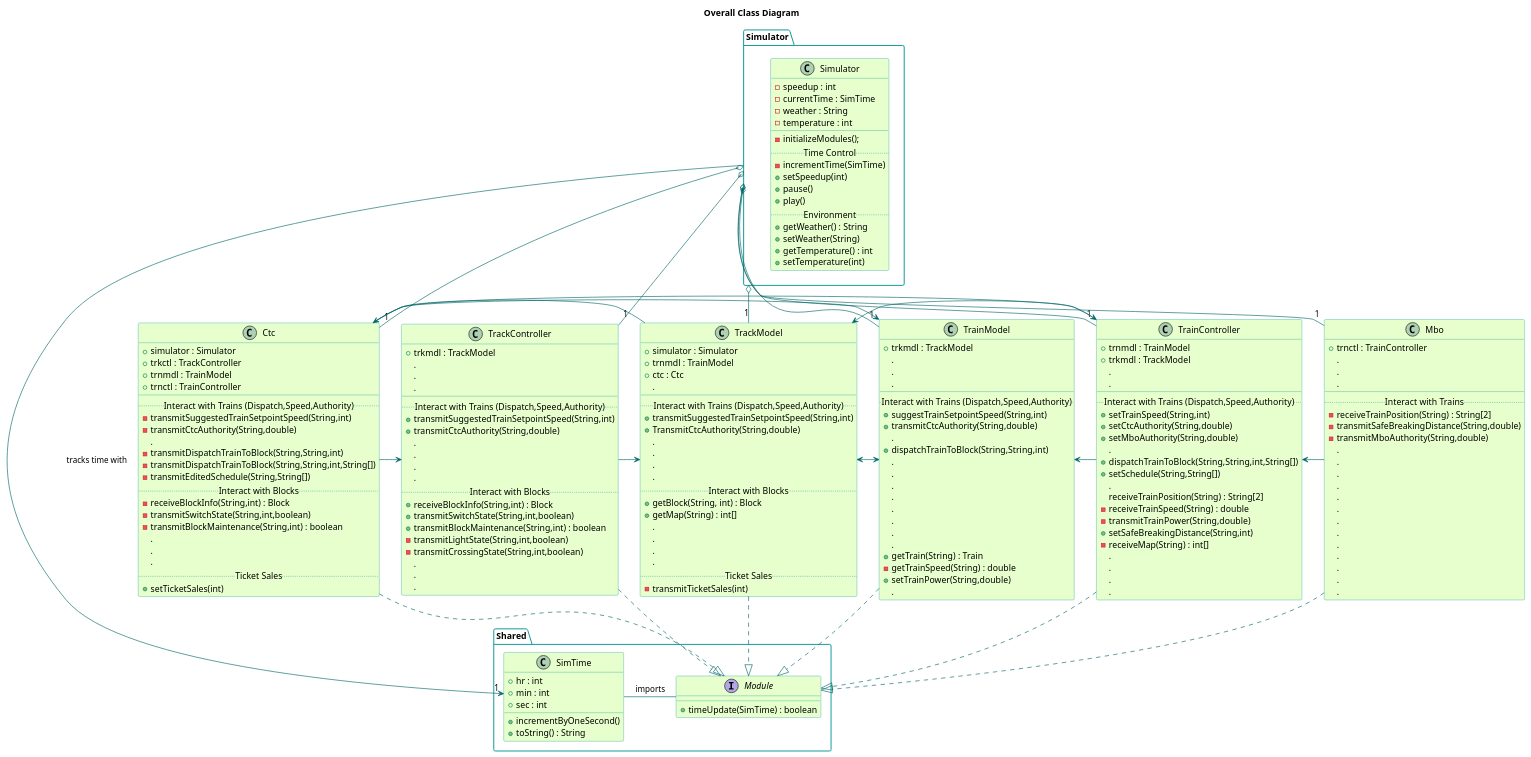
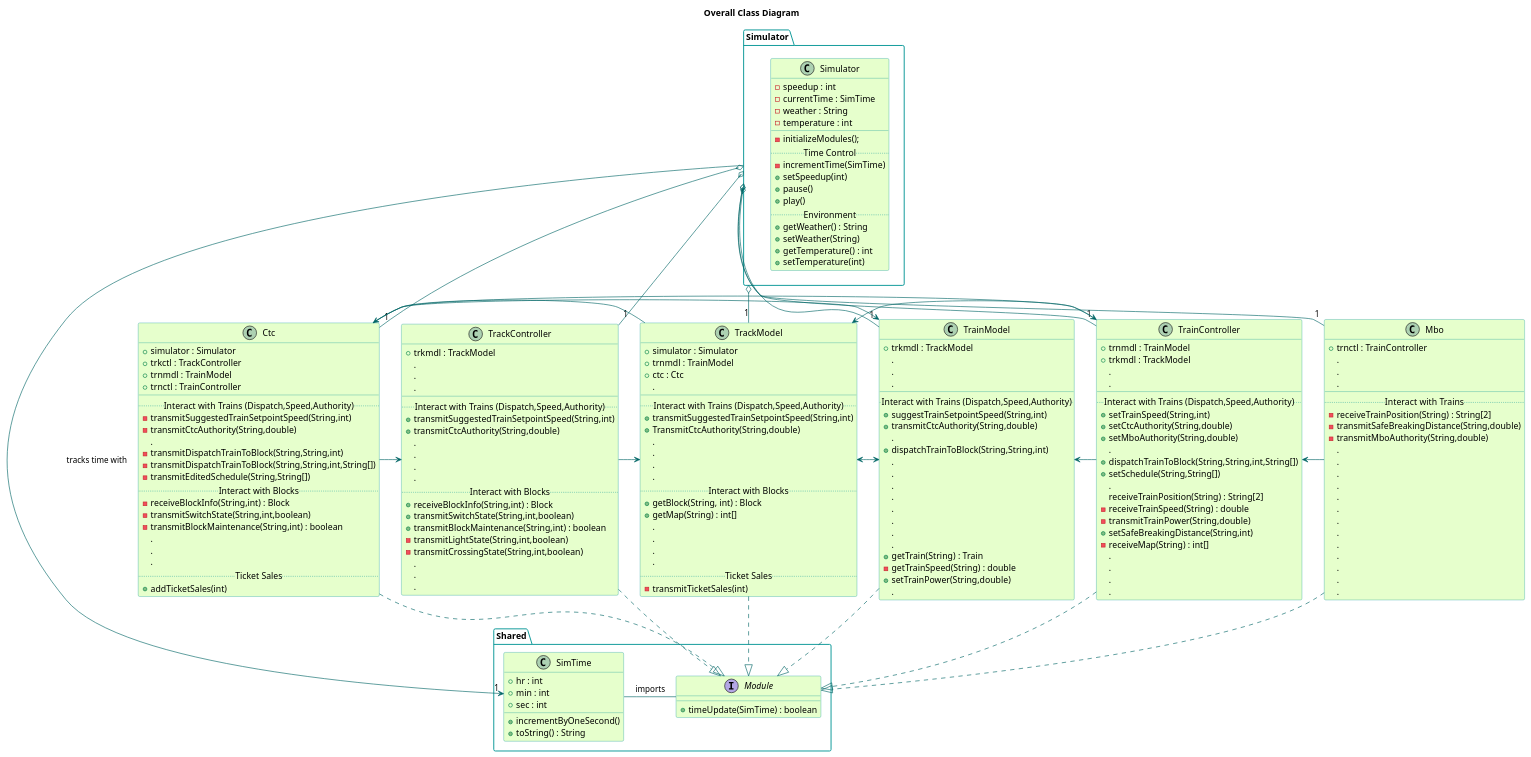
The diagram in TrainSystem/yUML/Class Diagrams/OverallClassDiagram.pu (kevingilboy/COE1186), drawn with PlantUML before and after one commit. The commit also changed 1 other file, not shown here.

Commit message:
Addition to overall class diagram

```diff
--- a/TrainSystem/yUML/Class Diagrams/OverallClassDiagram.pu
+++ b/TrainSystem/yUML/Class Diagrams/OverallClassDiagram.pu
@@ -61,7 +61,7 @@
   .
   .
   ..Ticket Sales..
-  +setTicketSales(int)
+  +addTicketSales(int)
 }
 class TrackController{
   +trkmdl : TrackModel
```
